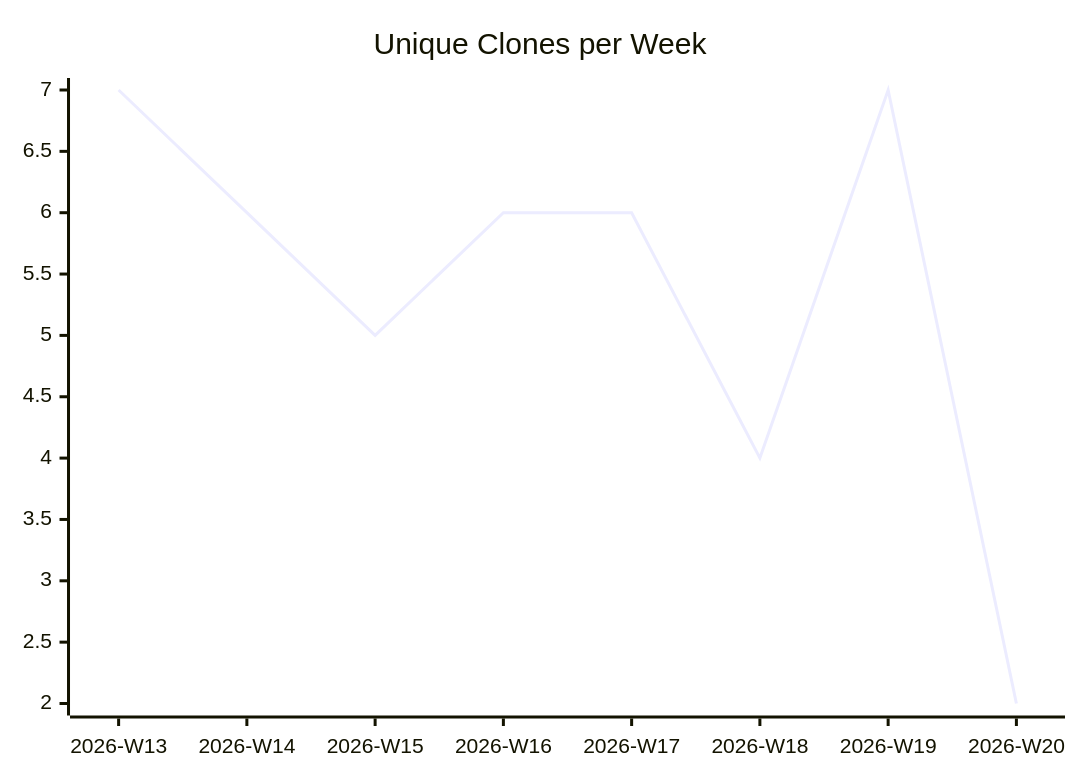
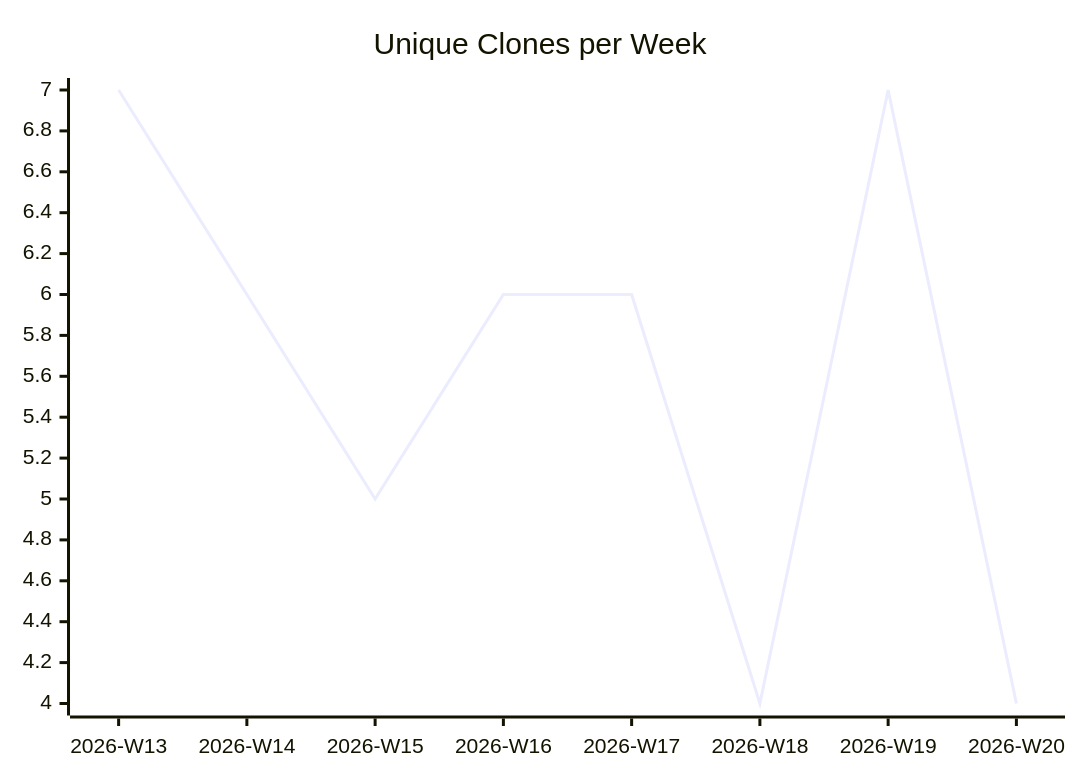
The third of 3 diagrams in karlmdavis/lego-ev3dev-rs/README.md (justdavis-family/github-analytics-data), drawn with Mermaid before and after one commit. The commit also changed other lines of this file and 192 other files, not shown here.

````diff
--- a/karlmdavis/lego-ev3dev-rs/README.md
+++ b/karlmdavis/lego-ev3dev-rs/README.md
@@ -19,6 +19,6 @@
 ```mermaid
 xychart-beta
   title "Unique Clones per Week"
   x-axis ["2026-W13", "2026-W14", "2026-W15", "2026-W16", "2026-W17", "2026-W18", "2026-W19", "2026-W20"]
-  line [7, 6, 5, 6, 6, 4, 7, 2]
+  line [7, 6, 5, 6, 6, 4, 7, 4]
 ```
````
